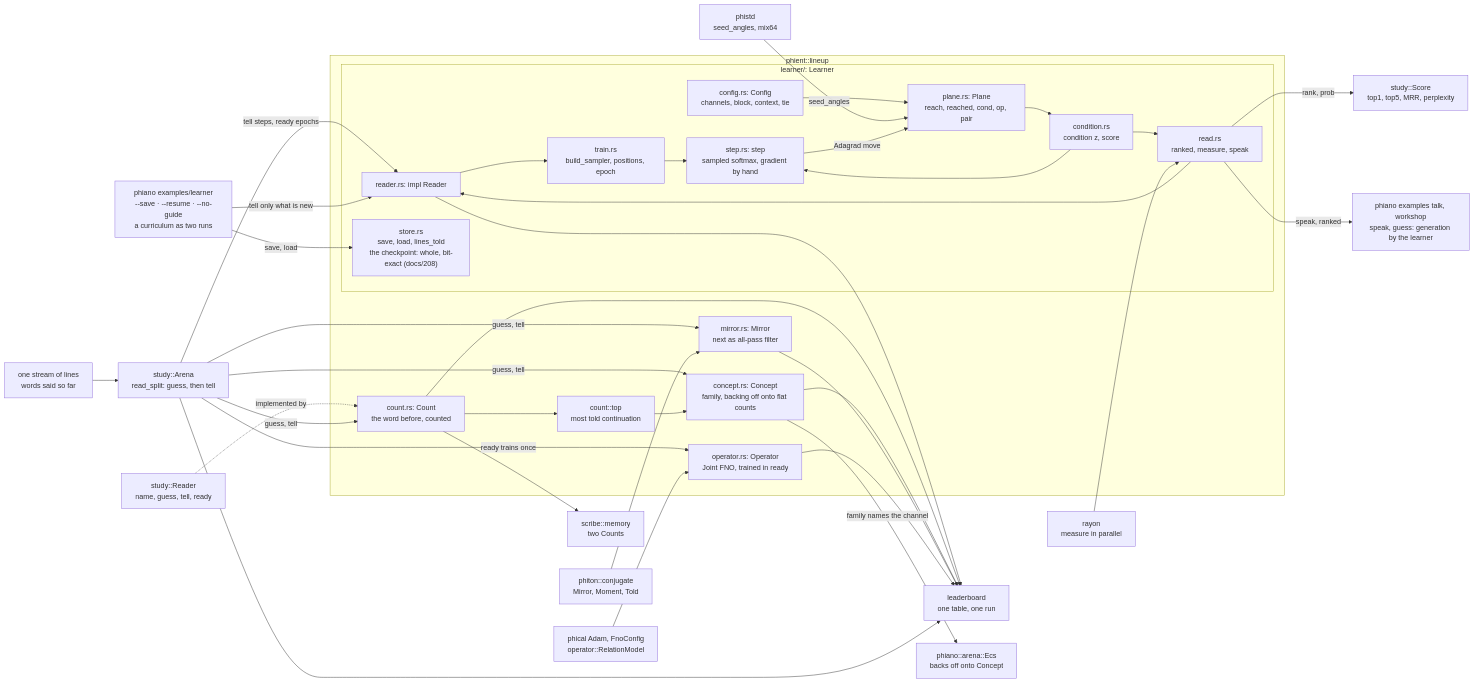
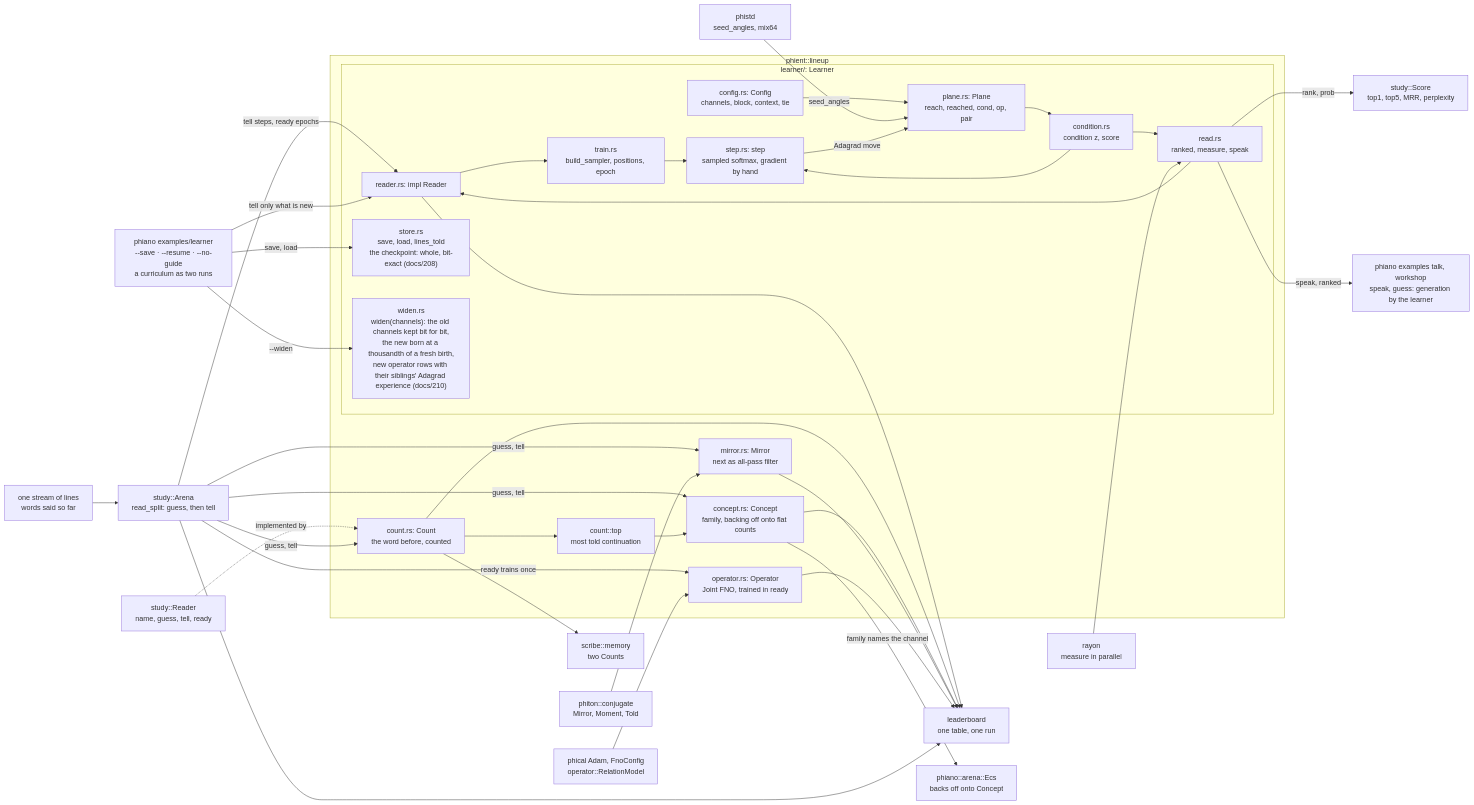
One commit to gemphi/phinet changed the diagram in docs/phient/lineup.md. Above: the diagram before and after it, drawn with Mermaid. The commit also changed 1 other file, not shown here.

Commit message:
Point phient at widen; the widened run in the list

````diff
--- a/docs/phient/lineup.md
+++ b/docs/phient/lineup.md
@@ -3,69 +3,71 @@
 ```mermaid
 graph LR
     Stream["one stream of lines<br/>words said so far"]
     Study["study::Arena<br/>read_split: guess, then tell"]
     ReaderT["study::Reader<br/>name, guess, tell, ready"]
     Phical["phiton::conjugate<br/>Mirror, Moment, Told"]
     Fno["phical Adam, FnoConfig<br/>operator::RelationModel"]
     Phistd["phistd<br/>seed_angles, mix64"]
     Rayon["rayon<br/>measure in parallel"]
     ScoreT["study::Score<br/>top1, top5, MRR, perplexity"]
 
     subgraph lineup["phient::lineup"]
         Count["count.rs: Count<br/>the word before, counted"]
         Top["count::top<br/>most told continuation"]
         Concept["concept.rs: Concept<br/>family, backing off onto flat counts"]
         Mirror["mirror.rs: Mirror<br/>next as all-pass filter"]
         Operator["operator.rs: Operator<br/>Joint FNO, trained in ready"]
         subgraph learner["learner/: Learner"]
             LConfig["config.rs: Config<br/>channels, block, context, tie"]
             Plane["plane.rs: Plane<br/>reach, reached, cond, op, pair"]
             Condition["condition.rs<br/>condition z, score"]
             Step["step.rs: step<br/>sampled softmax, gradient by hand"]
             Train["train.rs<br/>build_sampler, positions, epoch"]
             Read["read.rs<br/>ranked, measure, speak"]
             LReader["reader.rs: impl Reader"]
             Store["store.rs<br/>save, load, lines_told<br/>the checkpoint: whole, bit-exact (docs/208)"]
+            Widen["widen.rs<br/>widen(channels): the old channels kept bit for bit,<br/>the new born at a thousandth of a fresh birth,<br/>new operator rows with their siblings' Adagrad experience (docs/210)"]
         end
     end
 
     Board["leaderboard<br/>one table, one run"]
     Ecs["phiano::arena::Ecs<br/>backs off onto Concept"]
     Scribe["scribe::memory<br/>two Counts"]
     Talk["phiano examples talk, workshop<br/>speak, guess: generation by the learner"]
 
     Stream --> Study
     ReaderT -.->|"implemented by"| Count
     Study -->|"guess, tell"| Count
     Study -->|"guess, tell"| Concept
     Study -->|"guess, tell"| Mirror
     Study -->|"ready trains once"| Operator
     Study -->|"tell steps, ready epochs"| LReader
     Count --> Top
     Top --> Concept
     Concept -->|"family names the channel"| Ecs
     Phical --> Mirror
     Fno --> Operator
     LConfig --> Plane
     Phistd -->|"seed_angles"| Plane
     LReader --> Train
     Train --> Step
     Plane --> Condition
     Condition --> Step
     Step -->|"Adagrad move"| Plane
     Condition --> Read
     Rayon --> Read
     Read -->|"rank, prob"| ScoreT
     Read --> LReader
     Read -->|"speak, ranked"| Talk
     Example["phiano examples/learner<br/>--save · --resume · --no-guide<br/>a curriculum as two runs"]
     Example -->|"save, load"| Store
+    Example -->|"--widen"| Widen
     Example -->|"tell only what is new"| LReader
     Count --> Board
     Concept --> Board
     Mirror --> Board
     Operator --> Board
     LReader --> Board
     Study --> Board
     Count --> Scribe
 ```
````
